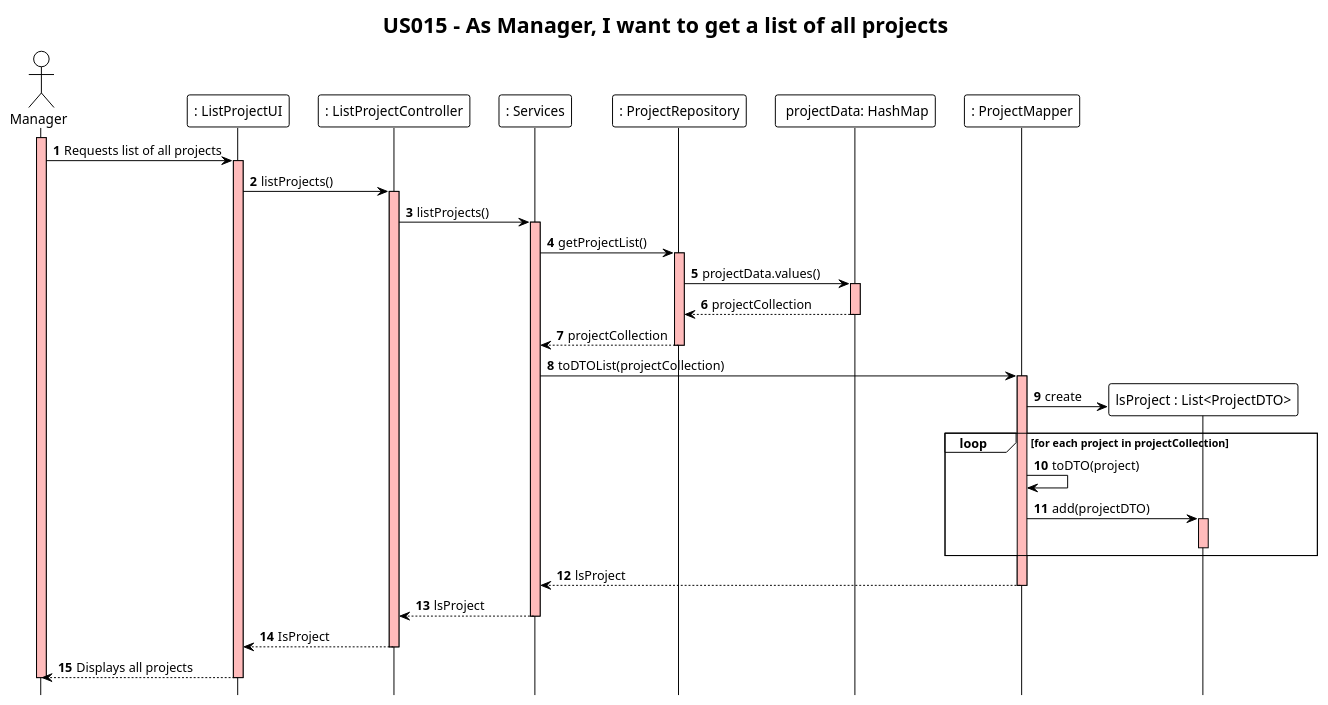
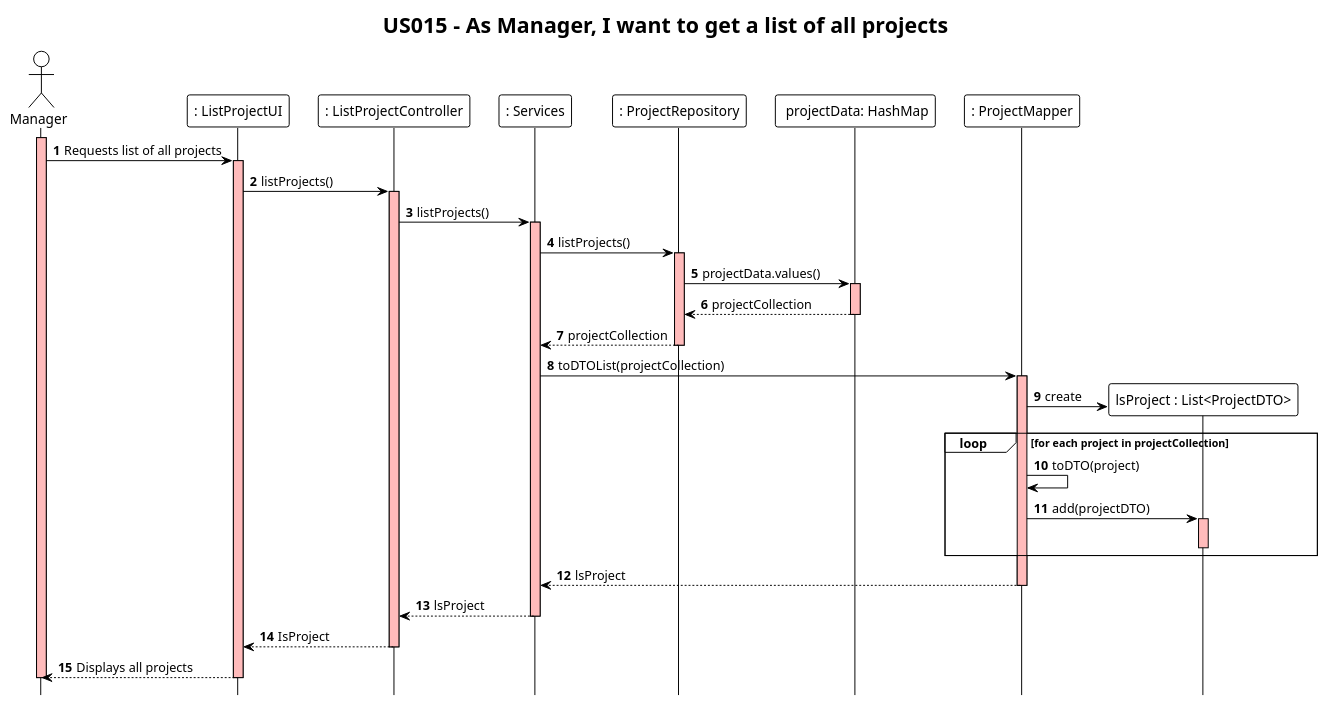
One commit to ivo-menezes/project_g3 changed the diagram in docs/modelling_design/user_stories/us015/US015_ListAllProjectsSD(DDD).puml. Above: the diagram before and after it, drawn with PlantUML.

Commit message:
US015: Design : ListAllProjectsSD(DDD) (Update) (Addresses #56)

```diff
--- a/docs/modelling_design/user_stories/us015/US015_ListAllProjectsSD(DDD).puml
+++ b/docs/modelling_design/user_stories/us015/US015_ListAllProjectsSD(DDD).puml
@@ -1,58 +1,58 @@
 @startuml
 !theme plain
 autonumber
 hide footbox
 title "US015 - As Manager, I want to get a list of all projects"
 
 actor Manager as Manager
 participant ": ListProjectUI" as UI
 participant ": ListProjectController" as Controller
 participant ": Services" as Services
 participant ": ProjectRepository" as ProjectRepository
 participant " projectData: HashMap" as projectData
 participant ": ProjectMapper" as Mapper
 participant "lsProject : List<ProjectDTO>" as DTOList
 
 activate Manager #FFBBBB
 Manager -> UI: Requests list of all projects
 
 activate UI #FFBBBB
 UI -> Controller: listProjects()
 activate Controller #FFBBBB
 Controller -> Services: listProjects()
 
 activate Services #FFBBBB
-Services -> ProjectRepository : getProjectList()
+Services -> ProjectRepository : listProjects()
 activate ProjectRepository #FFBBBB
 ProjectRepository -> projectData: projectData.values()
 activate projectData #FFBBBB
 projectData --> ProjectRepository: projectCollection
 deactivate projectData
 ProjectRepository --> Services : projectCollection
 deactivate ProjectRepository
 
 Services -> Mapper : toDTOList(projectCollection)
 activate Mapper #FFBBBB
 
 Mapper -> DTOList ** : create
 
 loop for each project in projectCollection
 Mapper -> Mapper : toDTO(project)
 Mapper -> DTOList : add(projectDTO)
 activate DTOList #FFBBBB
 deactivate DTOList
 end
 
 Mapper --> Services : lsProject
 deactivate Mapper
 
 Services --> Controller : lsProject
 deactivate Services
 
 Controller --> UI : IsProject
 deactivate Controller
 
 UI --> Manager: Displays all projects
 deactivate UI
 deactivate Manager #FFBBBB
 @enduml
```
